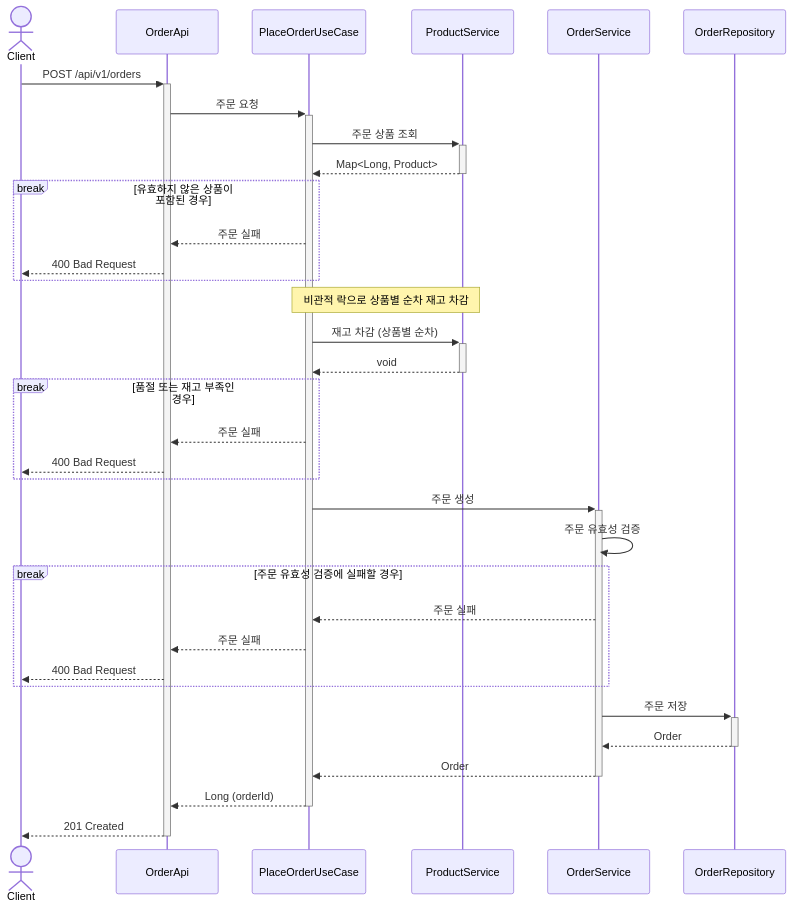
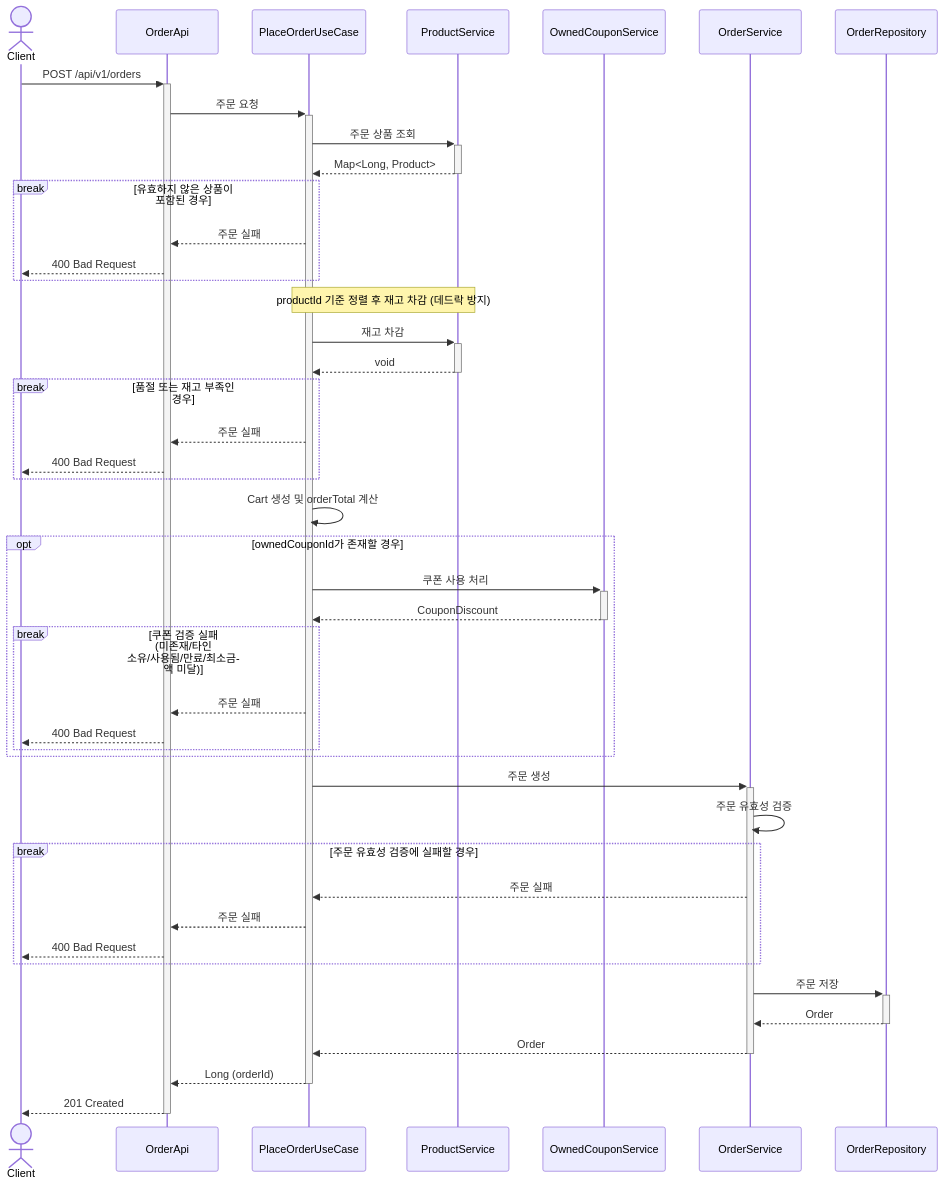
One commit to Loopers-dev-lab/loop-pack-be-l2-vol3-java changed diagram 29 of 31 in .docs/design/02-sequence-diagrams.md. Above: the diagram before and after it, drawn with Mermaid. The commit also changed other lines of this file and 5 other files, not shown here.

````diff
--- a/.docs/design/02-sequence-diagrams.md
+++ b/.docs/design/02-sequence-diagrams.md
@@ -960,46 +960,58 @@
 ```mermaid
 sequenceDiagram
     actor Client
     participant OrderApi
     participant PlaceOrderUseCase
     participant ProductService
+    participant OwnedCouponService
     participant OrderService
     participant OrderRepository
 
     Client ->>+ OrderApi: POST /api/v1/orders
     OrderApi ->>+ PlaceOrderUseCase: 주문 요청
 
     PlaceOrderUseCase ->>+ ProductService: 주문 상품 조회
     ProductService -->>- PlaceOrderUseCase: Map<Long, Product>
 
     break 유효하지 않은 상품이 포함된 경우
         PlaceOrderUseCase -->> OrderApi: 주문 실패
         OrderApi -->> Client: 400 Bad Request
     end
 
-    Note over PlaceOrderUseCase, ProductService: 비관적 락으로 상품별 순차 재고 차감
-
-    PlaceOrderUseCase ->>+ ProductService: 재고 차감 (상품별 순차)
+    Note over PlaceOrderUseCase,ProductService: productId 기준 정렬 후 재고 차감 (데드락 방지)
+    PlaceOrderUseCase ->>+ ProductService: 재고 차감
     ProductService -->>- PlaceOrderUseCase: void
 
     break 품절 또는 재고 부족인 경우
         PlaceOrderUseCase -->> OrderApi: 주문 실패
         OrderApi -->> Client: 400 Bad Request
+    end
+
+    PlaceOrderUseCase ->> PlaceOrderUseCase: Cart 생성 및 orderTotal 계산
+
+    opt ownedCouponId가 존재할 경우
+        PlaceOrderUseCase ->>+ OwnedCouponService: 쿠폰 사용 처리
+        OwnedCouponService -->>- PlaceOrderUseCase: CouponDiscount
+
+        break 쿠폰 검증 실패 (미존재/타인 소유/사용됨/만료/최소금액 미달)
+            PlaceOrderUseCase -->> OrderApi: 주문 실패
+            OrderApi -->> Client: 400 Bad Request
+        end
     end
 
     PlaceOrderUseCase ->>+ OrderService: 주문 생성
     OrderService ->> OrderService: 주문 유효성 검증
 
     break 주문 유효성 검증에 실패할 경우
         OrderService -->> PlaceOrderUseCase: 주문 실패
         PlaceOrderUseCase -->> OrderApi: 주문 실패
         OrderApi -->> Client: 400 Bad Request
     end
 
     OrderService ->>+ OrderRepository: 주문 저장
     OrderRepository -->>- OrderService: Order
     OrderService -->>- PlaceOrderUseCase: Order
 
     PlaceOrderUseCase -->>- OrderApi: Long (orderId)
     OrderApi -->>- Client: 201 Created
 ```
````
